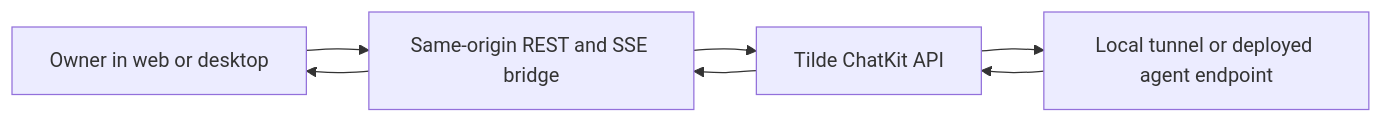
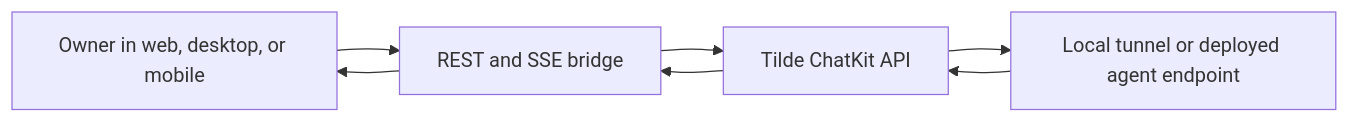
Before and after one commit to trytilde/dispatch: the diagram in docs/adrs/0014-owner-chat-control-api.md, drawn with Mermaid. The commit also changed other lines of this file and 85 other files, not shown here.

````diff
--- a/docs/adrs/0014-owner-chat-control-api.md
+++ b/docs/adrs/0014-owner-chat-control-api.md
@@ -24,9 +24,9 @@
 ```mermaid
 flowchart LR
-  O["Owner in web or desktop"] --> C["Same-origin REST and SSE bridge"]
+  O["Owner in web, desktop, or mobile"] --> C["REST and SSE bridge"]
   C --> T["Tilde ChatKit API"]
   T --> A["Local tunnel or deployed agent endpoint"]
   A --> T
   T --> C
   C --> O
 ```
````
